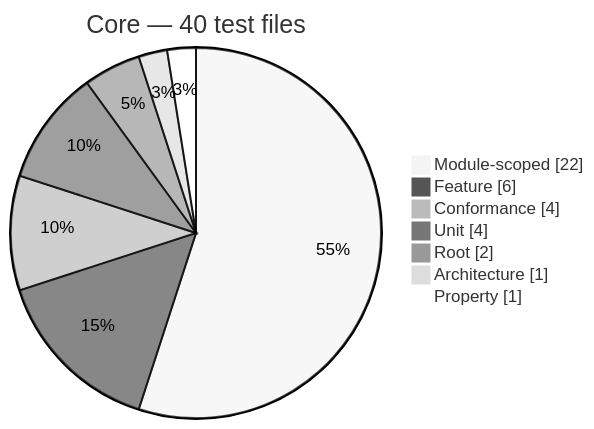
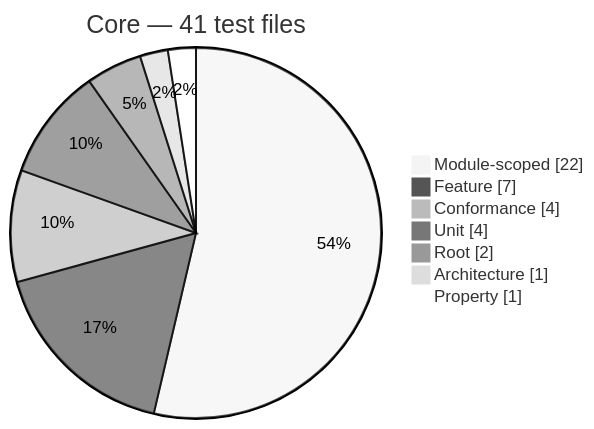
One commit to PHP-Arazzo/php-arazzo changed diagram 12 of 13 in docs/generated/test-composition.md. Above: the diagram before and after it, drawn with Mermaid (neutral theme). The commit also changed other lines of this file and 23 other files, not shown here.

Commit message:
docs(generated): sync architecture diagrams and public API reference

````diff
--- a/docs/generated/test-composition.md
+++ b/docs/generated/test-composition.md
@@ -178,11 +178,11 @@
 ```mermaid
 pie showData
-    title Core — 40 test files
+    title Core — 41 test files
     "Module-scoped": 22
-    "Feature": 6
+    "Feature": 7
     "Conformance": 4
     "Unit": 4
     "Root": 2
     "Architecture": 1
     "Property": 1
 ```
````
